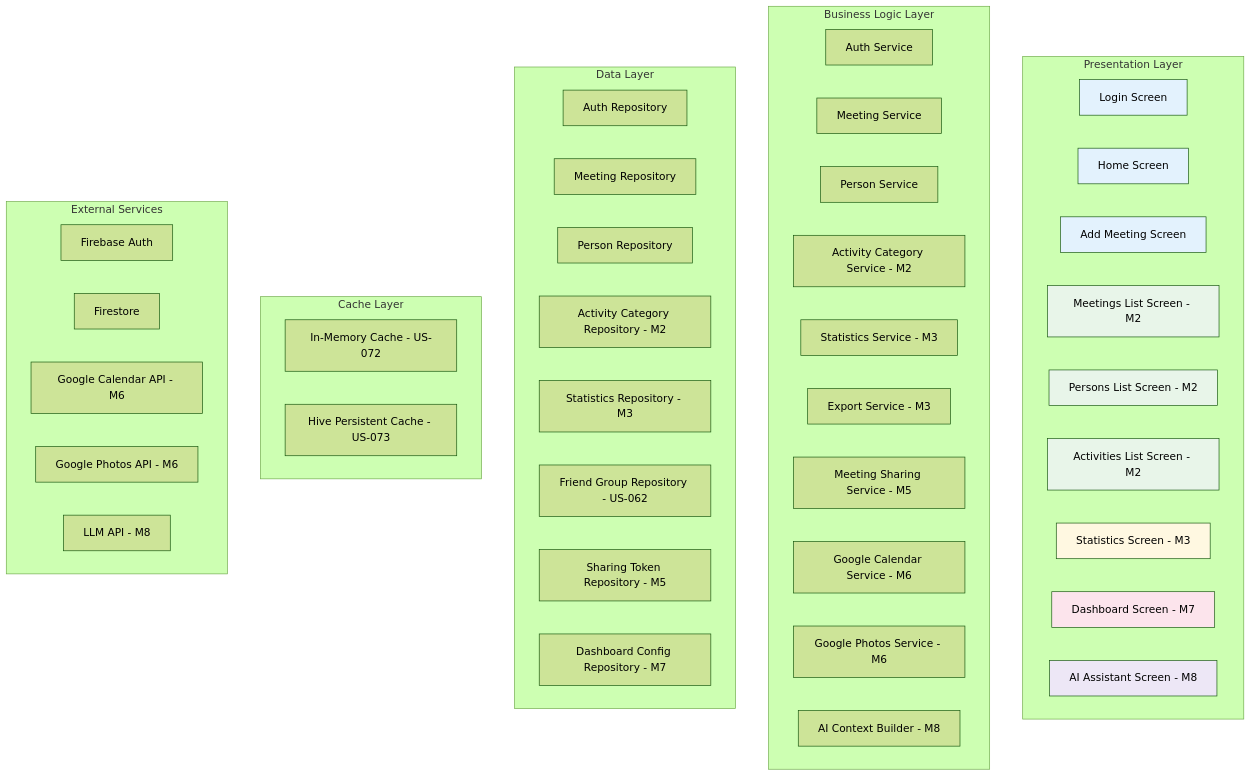
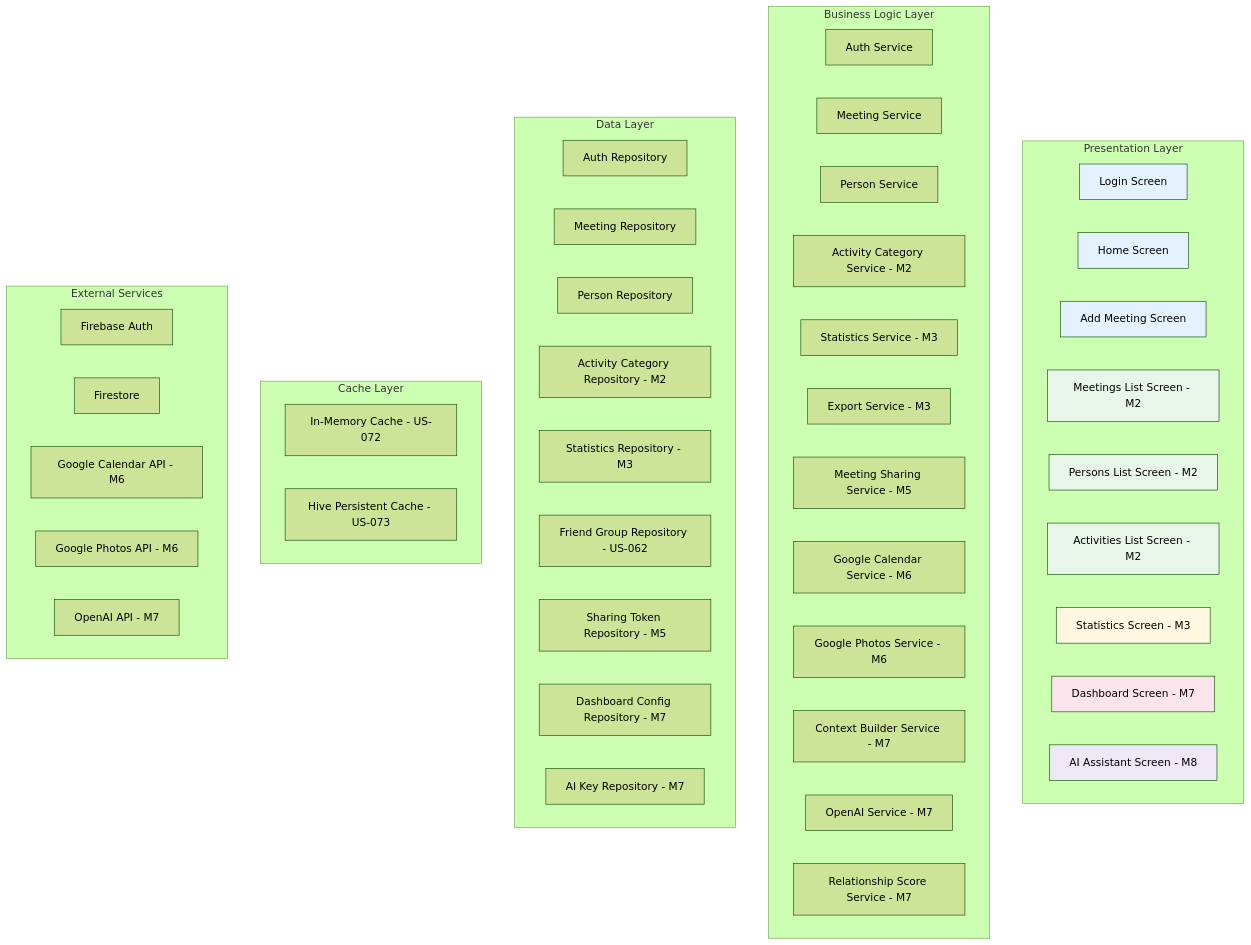
The third of 5 diagrams in docs/architecture.md (aleksanderginalski/Friendsheet-App), drawn with Mermaid (forest theme) before and after one commit. The commit also changed other lines of this file and 5 other files, not shown here.

````diff
--- a/docs/architecture.md
+++ b/docs/architecture.md
@@ -137,61 +139,64 @@
 ```mermaid
 graph TB
     subgraph "Presentation Layer"
         A1[Login Screen]
         A2[Home Screen]
         A3[Add Meeting Screen]
         A4[Meetings List Screen - M2]
         A5[Persons List Screen - M2]
         A6[Activities List Screen - M2]
         A7[Statistics Screen - M3]
         A8[Dashboard Screen - M7]
         A9[AI Assistant Screen - M8]
     end
     
     subgraph "Business Logic Layer"
         B1[Auth Service]
         B2[Meeting Service]
         B3[Person Service]
         B4[Activity Category Service - M2]
         B5[Statistics Service - M3]
         B6[Export Service - M3]
         B7[Meeting Sharing Service - M5]
         B8[Google Calendar Service - M6]
         B8b[Google Photos Service - M6]
-        B9[AI Context Builder - M8]
+        B9[Context Builder Service - M7]
+        B10[OpenAI Service - M7]
+        B11[Relationship Score Service - M7]
     end
-    
+
     subgraph "Data Layer"
         C1[Auth Repository]
         C2[Meeting Repository]
         C3[Person Repository]
         C4[Activity Category Repository - M2]
         C5[Statistics Repository - M3]
         C6[Friend Group Repository - US-062]
         C7[Sharing Token Repository - M5]
         C8[Dashboard Config Repository - M7]
+        C9[AI Key Repository - M7]
     end
     
     subgraph "Cache Layer"
         CA1[In-Memory Cache - US-072]
         CA2[Hive Persistent Cache - US-073]
     end
     
     subgraph "External Services"
         D1[Firebase Auth]
         D2[Firestore]
         D3[Google Calendar API - M6]
         D3b[Google Photos API - M6]
-        D4[LLM API - M8]
+        D4[OpenAI API - M7]
     end
     
     style A1 fill:#E3F2FD
     style A2 fill:#E3F2FD
     style A3 fill:#E3F2FD
     style A4 fill:#E8F5E9
     style A5 fill:#E8F5E9
     style A6 fill:#E8F5E9
     style A7 fill:#FFF8E1
     style A8 fill:#FCE4EC
     style A9 fill:#EDE7F6
 ```
````
